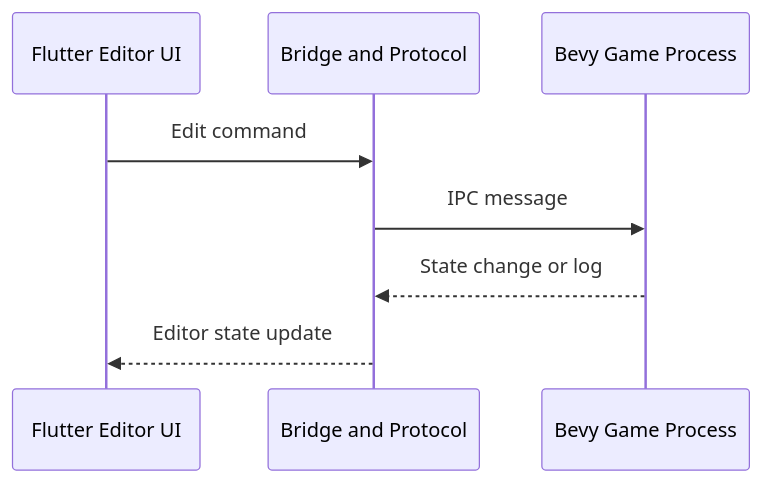
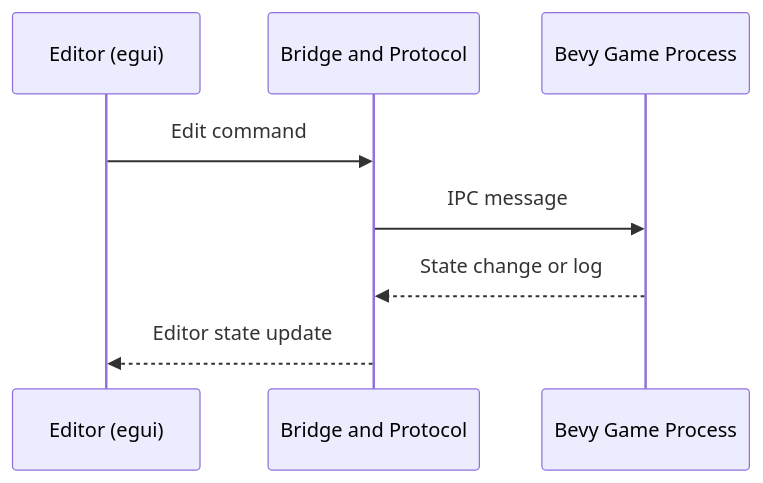
Before and after one commit to ski0090/besfa: the second of 3 diagrams in docs/ARCHITECTURE.md, drawn with Mermaid. The commit also changed other lines of this file and 18 other files, not shown here.

First line of the commit message:
Rewrite the editor in egui

````diff
--- a/docs/ARCHITECTURE.md
+++ b/docs/ARCHITECTURE.md
@@ -29,11 +29,11 @@
 ```mermaid
 sequenceDiagram
-    participant UI as Flutter Editor UI
+    participant UI as Editor (egui)
     participant Bridge as Bridge and Protocol
     participant Game as Bevy Game Process
 
     UI->>Bridge: Edit command
     Bridge->>Game: IPC message
     Game-->>Bridge: State change or log
     Bridge-->>UI: Editor state update
 ```
````
